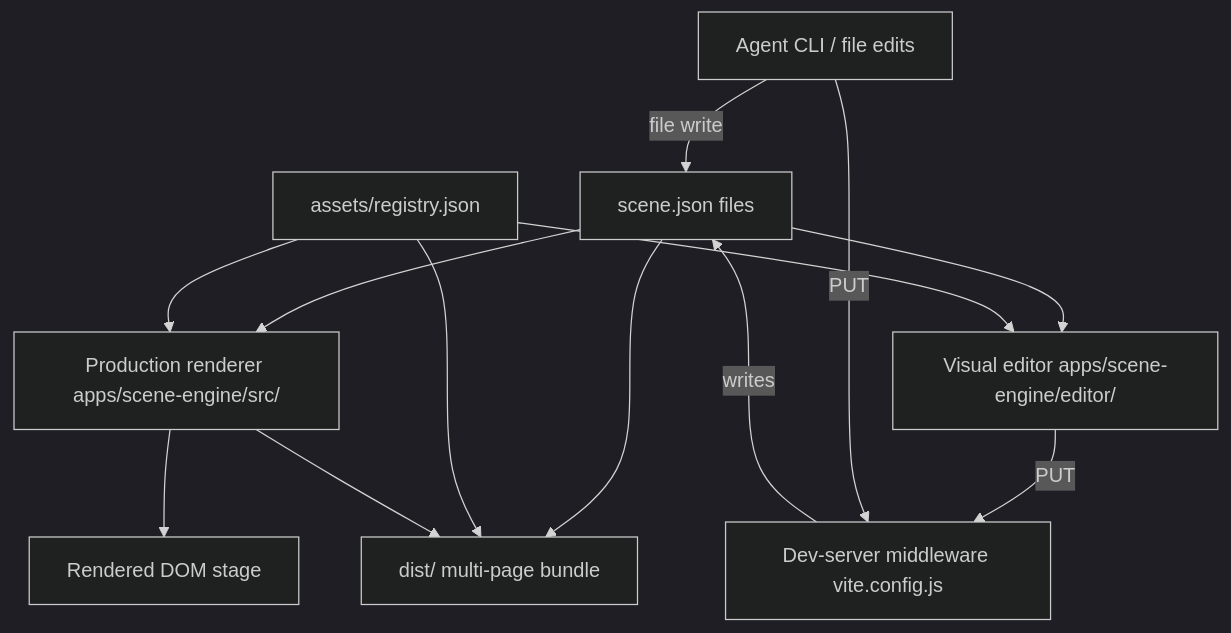
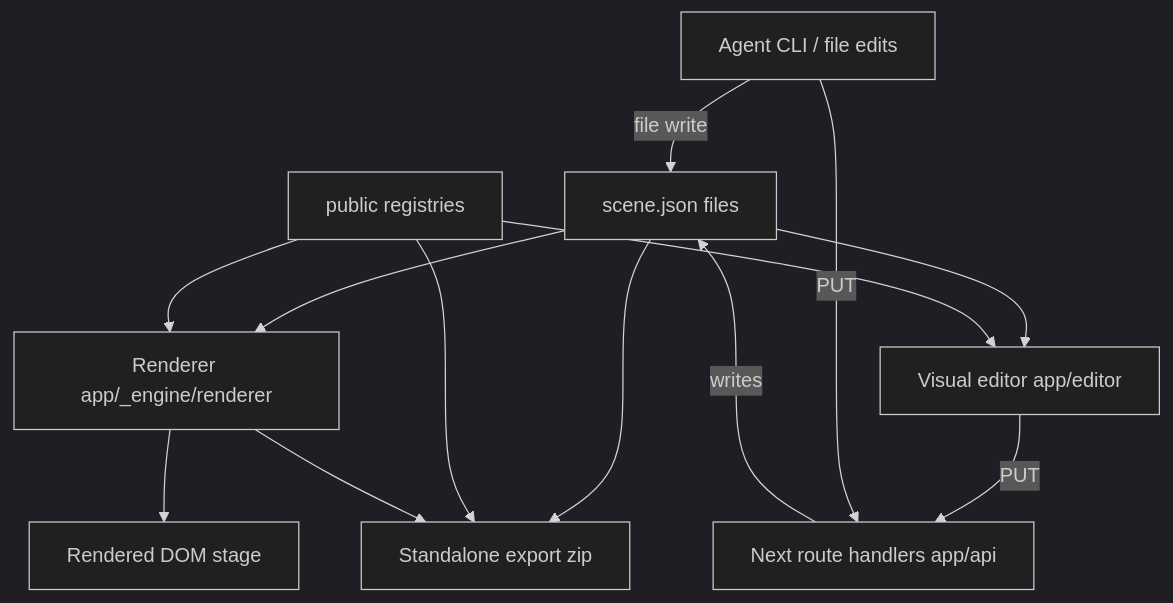
Before and after one commit to Codecaine-AI/MainMenu: the diagram in docs/scene-engine/20-implementation/00-overview.md, drawn with Mermaid (dark theme). The commit also changed other lines of this file and 124 other files, not shown here.

````diff
--- a/docs/scene-engine/20-implementation/00-overview.md
+++ b/docs/scene-engine/20-implementation/00-overview.md
@@ -31,24 +31,24 @@
 ```mermaid
 graph TD
     SJ[scene.json files]
-    AR[assets/registry.json]
-    RND[Production renderer apps/scene-engine/src/]
-    ED[Visual editor apps/scene-engine/editor/]
-    DS[Dev-server middleware vite.config.js]
+    AR[public registries]
+    RND[Renderer app/_engine/renderer]
+    ED[Visual editor app/editor]
+    API[Next route handlers app/api]
     AGT[Agent CLI / file edits]
     DOM[Rendered DOM stage]
-    DIST[dist/ multi-page bundle]
+    ZIP[Standalone export zip]
 
     SJ --> RND
     AR --> RND
     RND --> DOM
     SJ --> ED
     AR --> ED
-    ED -->|PUT| DS
-    DS -->|writes| SJ
+    ED -->|PUT| API
+    API -->|writes| SJ
     AGT -->|file write| SJ
-    AGT -->|PUT| DS
-    SJ --> DIST
-    AR --> DIST
-    RND --> DIST
+    AGT -->|PUT| API
+    SJ --> ZIP
+    AR --> ZIP
+    RND --> ZIP
 ```
````
